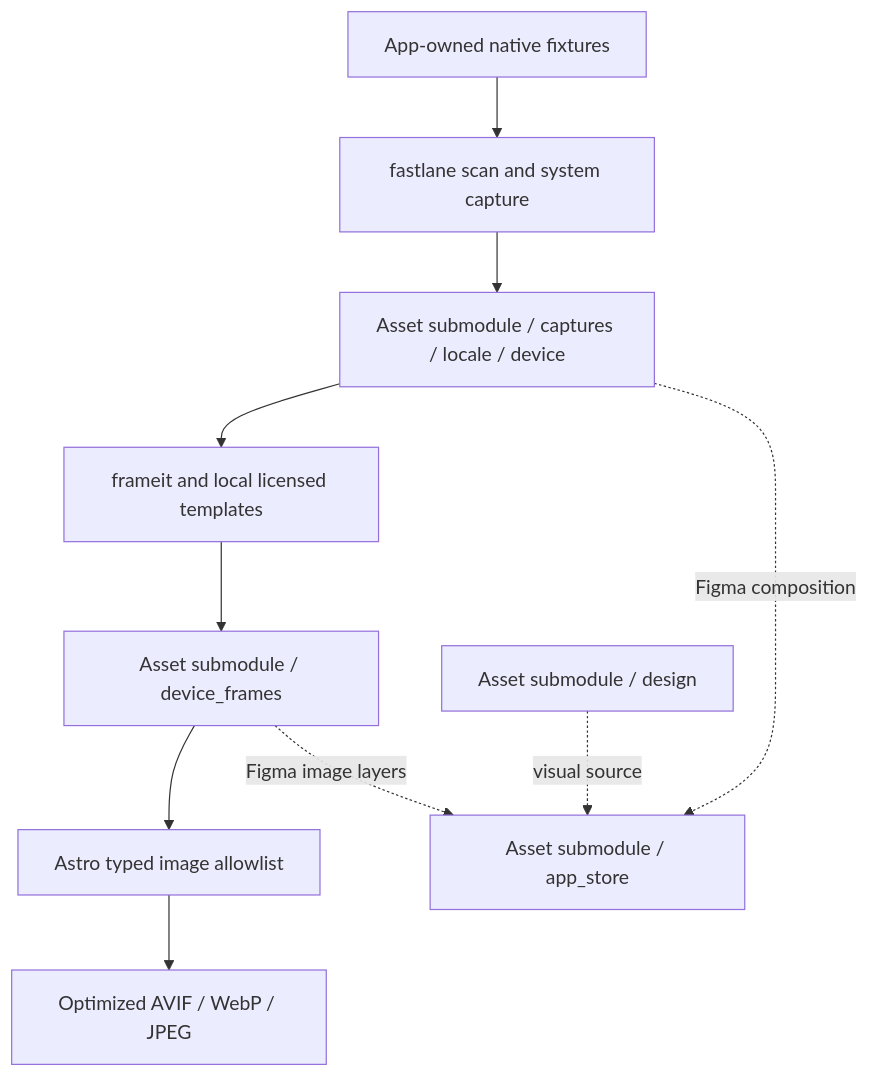
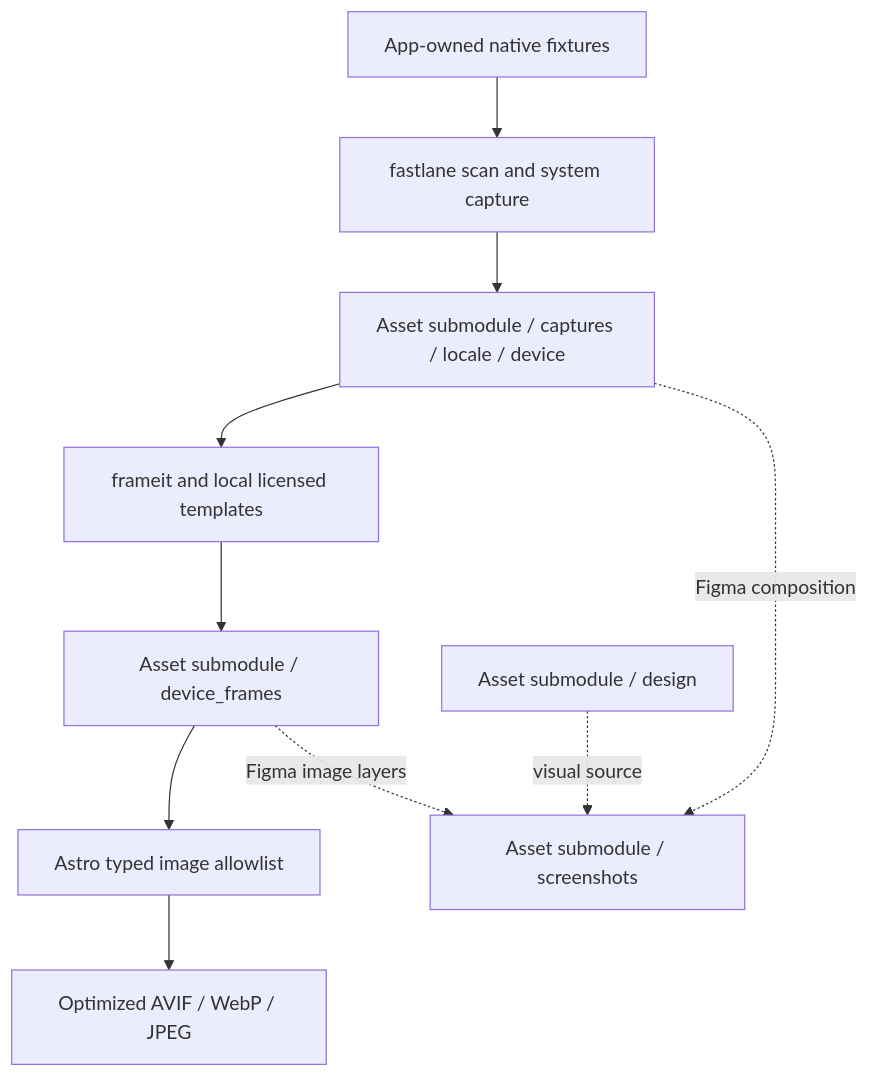
The third of 3 diagrams in openwiki/architecture/supporting-system-directories.md (AkinoKaede/Termind), drawn with Mermaid before and after one commit. The commit also changed other lines of this file and 53 other files, not shown here.

````diff
--- a/openwiki/architecture/supporting-system-directories.md
+++ b/openwiki/architecture/supporting-system-directories.md
@@ -218,12 +219,12 @@
 ```mermaid
 flowchart TB
     Native["App-owned native fixtures"] --> Capture["fastlane scan and system capture"]
     Capture --> Raw["Asset submodule / captures / locale / device"]
     Raw --> Frames["frameit and local licensed templates"]
     Frames --> Framed["Asset submodule / device_frames"]
     Framed --> Images["Astro typed image allowlist"]
     Images --> Astro["Optimized AVIF / WebP / JPEG"]
-    Raw -.->|Figma composition| Store["Asset submodule / app_store"]
+    Raw -.->|Figma composition| Store["Asset submodule / screenshots"]
     Framed -.->|Figma image layers| Store
     Brand["Asset submodule / design"] -.->|visual source| Store
 ```
````
